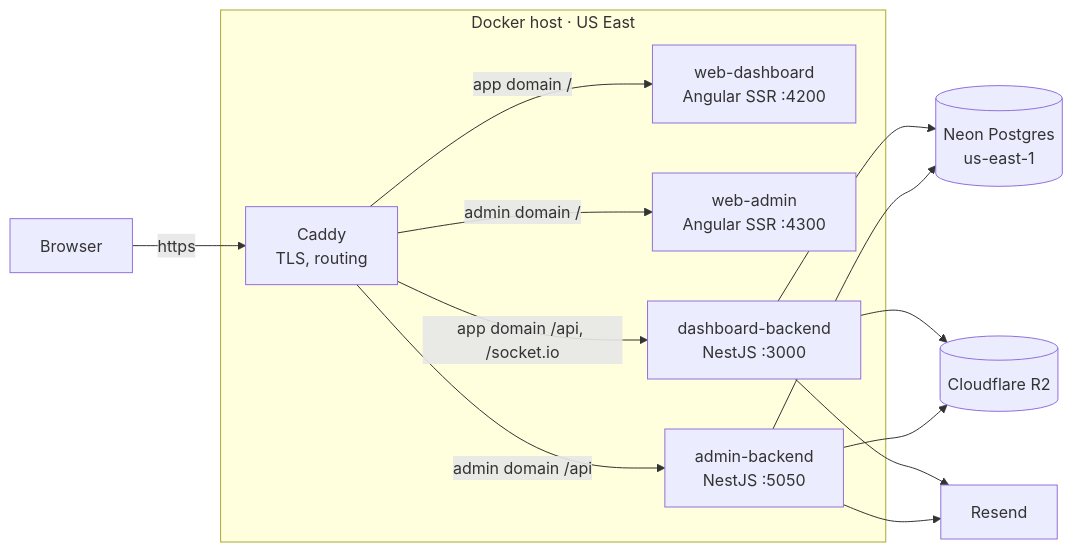
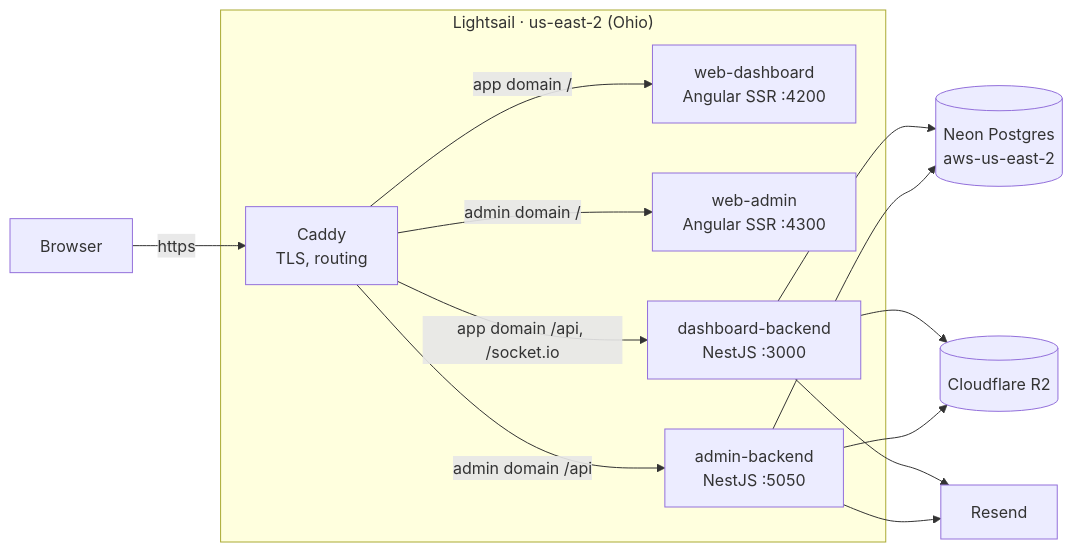
The diagram in docs/DEPLOYMENT.md (JoelNieto/skooltrak), drawn with Mermaid before and after one commit. The commit also changed other lines of this file and 9 other files, not shown here.

First line of the commit message:
chore(deploy): pin image SHA on the server, link Neon, provision Lightsail host

````diff
--- a/docs/DEPLOYMENT.md
+++ b/docs/DEPLOYMENT.md
@@ -7,21 +7,21 @@
 ```mermaid
 flowchart LR
     user["Browser"] -->|"https"| caddy
-    subgraph server["Docker host · US East"]
+    subgraph server["Lightsail · us-east-2 (Ohio)"]
       caddy["Caddy<br/>TLS, routing"]
       wd["web-dashboard<br/>Angular SSR :4200"]
       wa["web-admin<br/>Angular SSR :4300"]
       db["dashboard-backend<br/>NestJS :3000"]
       ab["admin-backend<br/>NestJS :5050"]
     end
     caddy -->|"app domain /"| wd
     caddy -->|"app domain /api, /socket.io"| db
     caddy -->|"admin domain /"| wa
     caddy -->|"admin domain /api"| ab
-    db --> neon[("Neon Postgres<br/>us-east-1")]
+    db --> neon[("Neon Postgres<br/>aws-us-east-2")]
     ab --> neon
     db --> r2[("Cloudflare R2")]
     ab --> r2
     db --> resend["Resend"]
     ab --> resend
 ```
````
